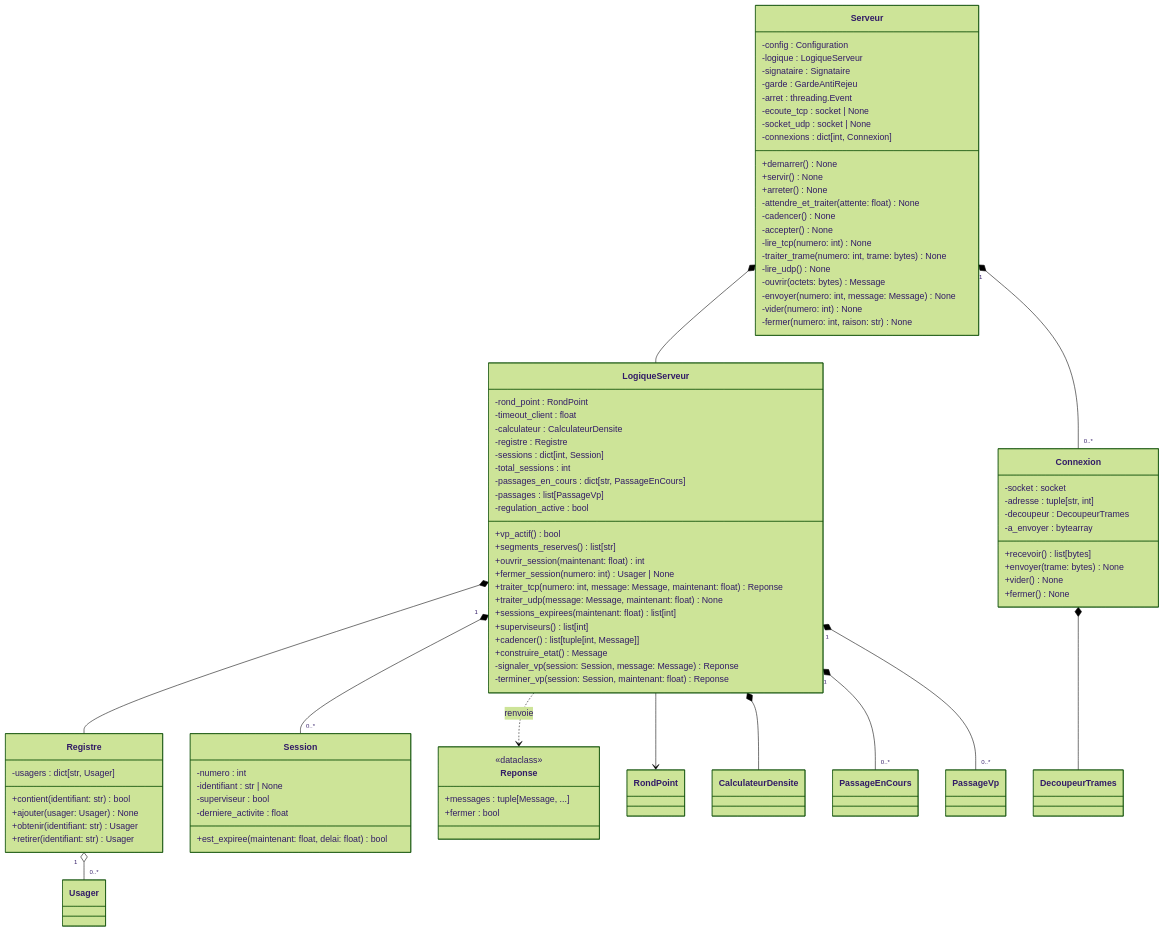
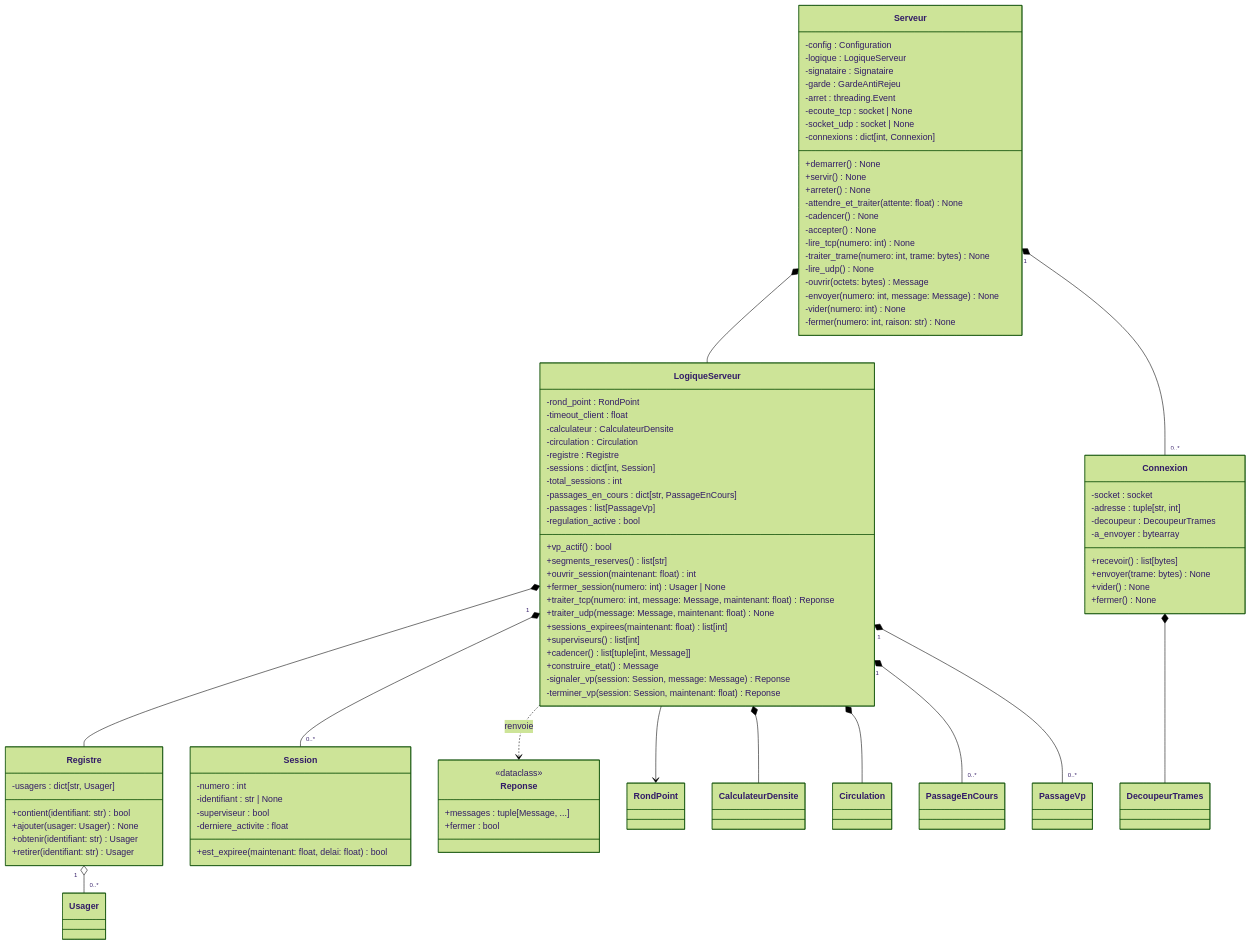
Before and after one commit to vRayzix/SAE3.02_Developper-une-application-communicante: the sixth of 11 diagrams in docs/uml.md, drawn with Mermaid (forest theme). The commit also changed other lines of this file, not shown here.

Commit message:
docs(uml): ce que voit chaque conducteur et file d'attente

```diff
--- a/docs/uml.md
+++ b/docs/uml.md
@@ -381,6 +381,7 @@
         -rond_point : RondPoint
         -timeout_client : float
         -calculateur : CalculateurDensite
+        -circulation : Circulation
         -registre : Registre
         -sessions : dict[int, Session]
         -total_sessions : int
@@ -431,6 +432,7 @@
     LogiqueServeur ..> Reponse : renvoie
     LogiqueServeur --> RondPoint
     LogiqueServeur *-- CalculateurDensite
+    LogiqueServeur *-- Circulation
     LogiqueServeur "1" *-- "0..*" PassageEnCours
     LogiqueServeur "1" *-- "0..*" PassageVp
     Registre "1" o-- "0..*" Usager
```
